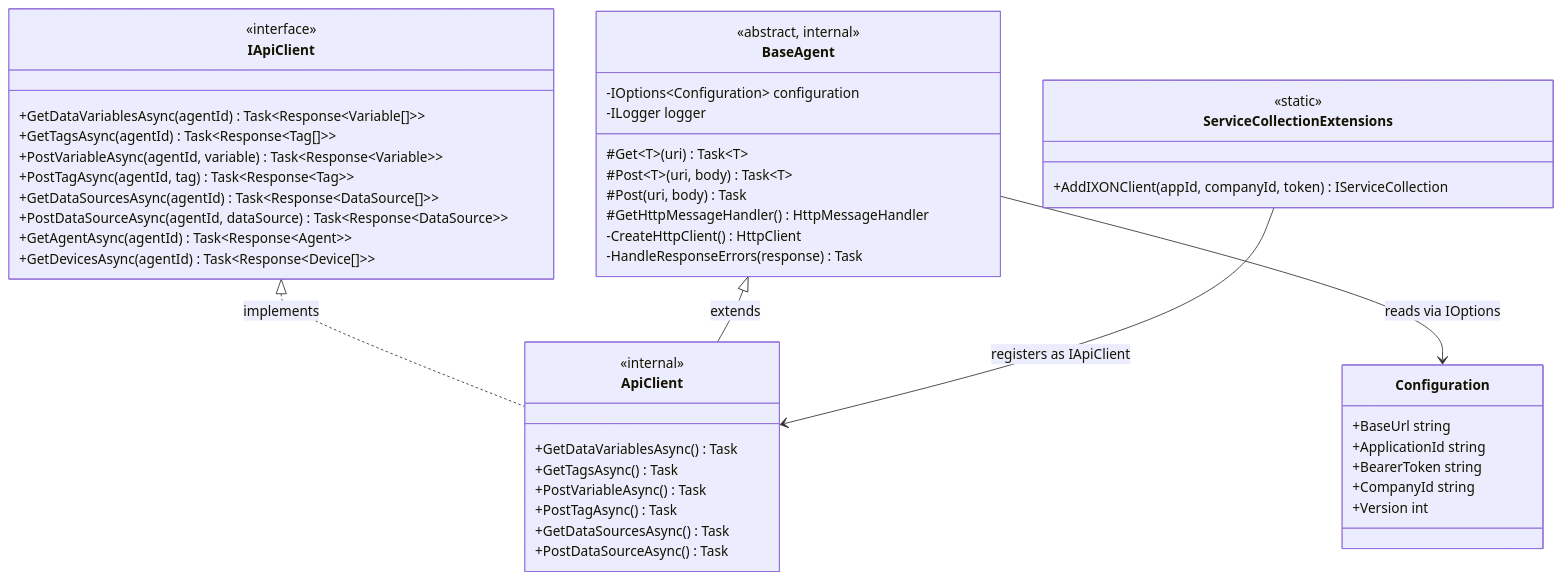
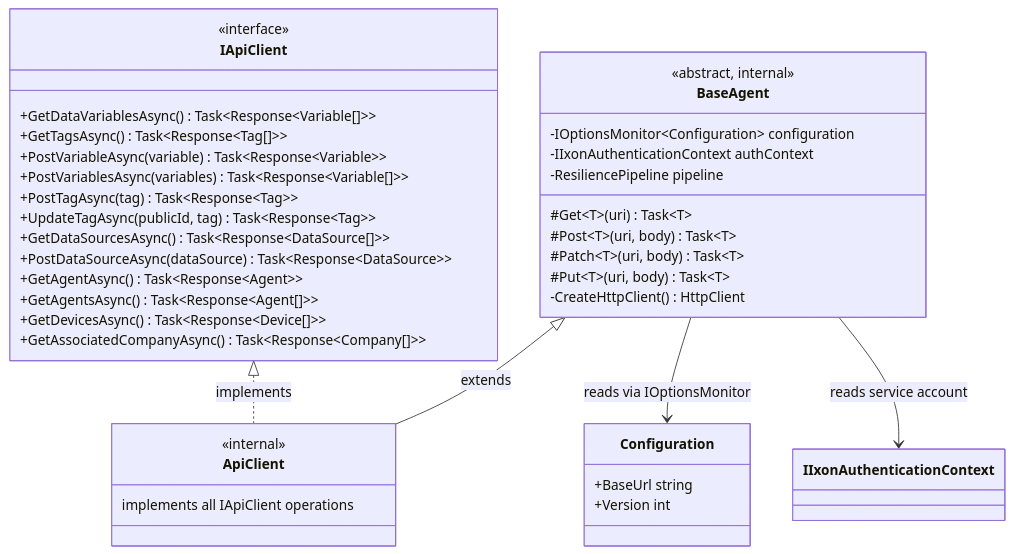
Before and after one commit to Rebel-it/rebel-ot-discover-edgeapp: the fourth of 5 diagrams in docs/05_building_block_view.adoc, drawn with Mermaid. The commit also changed other lines of this file and 12 other files, not shown here.

```diff
--- a/docs/05_building_block_view.adoc
+++ b/docs/05_building_block_view.adoc
@@ -120,55 +219,46 @@
 [mermaid]
 ....
 classDiagram
     class IApiClient {
         <<interface>>
-        +GetDataVariablesAsync(agentId) Task~Response~Variable[]~~
-        +GetTagsAsync(agentId) Task~Response~Tag[]~~
-        +PostVariableAsync(agentId, variable) Task~Response~Variable~~
-        +PostTagAsync(agentId, tag) Task~Response~Tag~~
-        +GetDataSourcesAsync(agentId) Task~Response~DataSource[]~~
-        +PostDataSourceAsync(agentId, dataSource) Task~Response~DataSource~~
-        +GetAgentAsync(agentId) Task~Response~Agent~~
-        +GetDevicesAsync(agentId) Task~Response~Device[]~~
+        +GetDataVariablesAsync() Task~Response~Variable[]~~
+        +GetTagsAsync() Task~Response~Tag[]~~
+        +PostVariableAsync(variable) Task~Response~Variable~~
+        +PostVariablesAsync(variables) Task~Response~Variable[]~~
+        +PostTagAsync(tag) Task~Response~Tag~~
+        +UpdateTagAsync(publicId, tag) Task~Response~Tag~~
+        +GetDataSourcesAsync() Task~Response~DataSource[]~~
+        +PostDataSourceAsync(dataSource) Task~Response~DataSource~~
+        +GetAgentAsync() Task~Response~Agent~~
+        +GetAgentsAsync() Task~Response~Agent[]~~
+        +GetDevicesAsync() Task~Response~Device[]~~
+        +GetAssociatedCompanyAsync() Task~Response~Company[]~~
     }
 
     class BaseAgent {
         <<abstract, internal>>
-        -IOptions~Configuration~ configuration
-        -ILogger logger
+        -IOptionsMonitor~Configuration~ configuration
+        -IIxonAuthenticationContext authContext
+        -ResiliencePipeline pipeline
         #Get~T~(uri) Task~T~
         #Post~T~(uri, body) Task~T~
-        #Post(uri, body) Task
-        #GetHttpMessageHandler() HttpMessageHandler
+        #Patch~T~(uri, body) Task~T~
+        #Put~T~(uri, body) Task~T~
         -CreateHttpClient() HttpClient
-        -HandleResponseErrors(response) Task
     }
 
     class ApiClient {
         <<internal>>
-        +GetDataVariablesAsync() Task
-        +GetTagsAsync() Task
-        +PostVariableAsync() Task
-        +PostTagAsync() Task
-        +GetDataSourcesAsync() Task
-        +PostDataSourceAsync() Task
+        implements all IApiClient operations
     }
 
     class Configuration {
         +BaseUrl string
-        +ApplicationId string
-        +BearerToken string
-        +CompanyId string
         +Version int
-    }
-
-    class ServiceCollectionExtensions {
-        <<static>>
-        +AddIXONClient(appId, companyId, token) IServiceCollection
     }
 
     IApiClient <|.. ApiClient : implements
     BaseAgent <|-- ApiClient : extends
-    BaseAgent --> Configuration : reads via IOptions
-    ServiceCollectionExtensions --> ApiClient : registers as IApiClient
+    BaseAgent --> Configuration : reads via IOptionsMonitor
+    BaseAgent --> IIxonAuthenticationContext : reads service account
 ....
```
